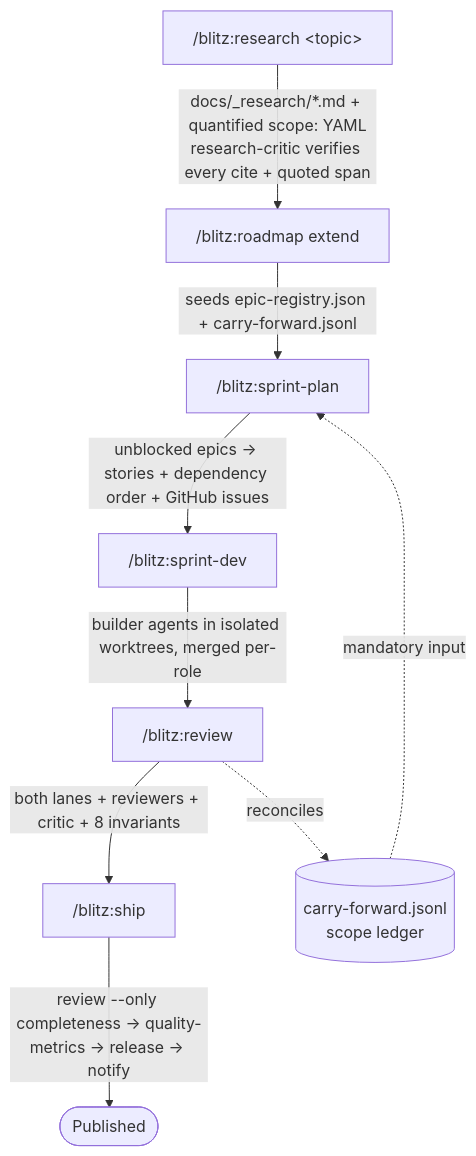
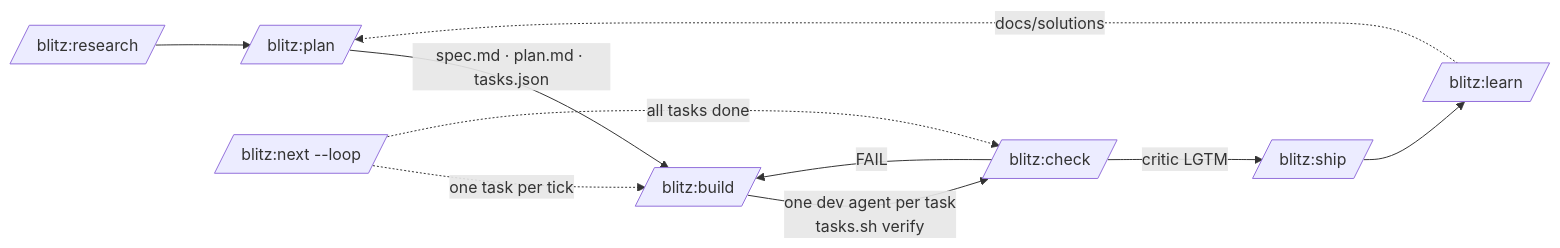
Before and after one commit to lasswellt/blitz-cc: the diagram in README.md, drawn with Mermaid. The commit also changed other lines of this file and 6 other files, not shown here.

````diff
--- a/README.md
+++ b/README.md
@@ -123,12 +28,11 @@
 ```mermaid
-flowchart TD
-  R["/blitz:research &lt;topic&gt;"] -- "docs/_research/*.md + quantified scope: YAML<br/>research-critic verifies every cite + quoted span" --> RM["/blitz:roadmap extend"]
-  RM -- "seeds epic-registry.json + carry-forward.jsonl" --> SP["/blitz:sprint-plan"]
-  SP -- "unblocked epics → stories + dependency order + GitHub issues" --> SD["/blitz:sprint-dev"]
-  SD -- "builder agents in isolated worktrees, merged per-role" --> RV["/blitz:review"]
-  RV -- "both lanes + reviewers + critic + 8 invariants" --> SH["/blitz:ship"]
-  SH -- "review --only completeness → quality-metrics → release → notify" --> DONE([Published])
-  CF[("carry-forward.jsonl<br/>scope ledger")]
-  CF -. mandatory input .-> SP
-  RV -. reconciles .-> CF
+flowchart LR
+  R[/blitz:research/] --> P[/blitz:plan/]
+  P -- spec.md · plan.md · tasks.json --> B[/blitz:build/]
+  B -- one dev agent per task<br/>tasks.sh verify --> C[/blitz:check/]
+  C -- critic LGTM --> S[/blitz:ship/]
+  C -- FAIL --> B
+  N[/blitz:next --loop/] -. one task per tick .-> B
+  N -. all tasks done .-> C
+  S --> L[/blitz:learn/] -. docs/solutions .-> P
 ```
````
